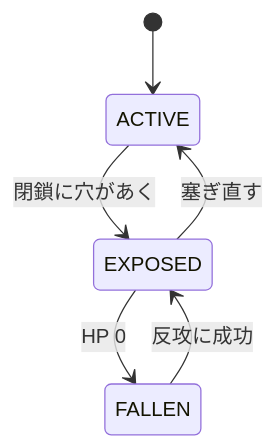
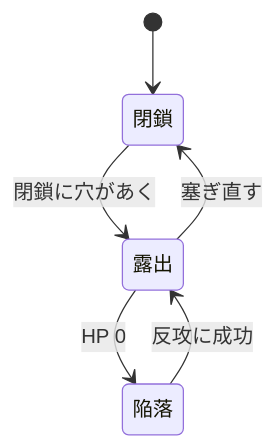
The second of 2 diagrams in src/content/docs/guide/siege.md (RuskLabo/moveearth-web), drawn with Mermaid before and after one commit. The commit also changed other lines of this file and 3 other files, not shown here.

````diff
--- a/src/content/docs/guide/siege.md
+++ b/src/content/docs/guide/siege.md
@@ -53,11 +53,11 @@
 ```mermaid
 stateDiagram-v2
-    state "ACTIVE" as active
-    state "EXPOSED" as exposed
-    state "FALLEN" as fallen
+    state "閉鎖" as active
+    state "露出" as exposed
+    state "陥落" as fallen
     [*] --> active
     active --> exposed : 閉鎖に穴があく
     exposed --> active : 塞ぎ直す
     exposed --> fallen : HP 0
     fallen --> exposed : 反攻に成功
 ```
````
